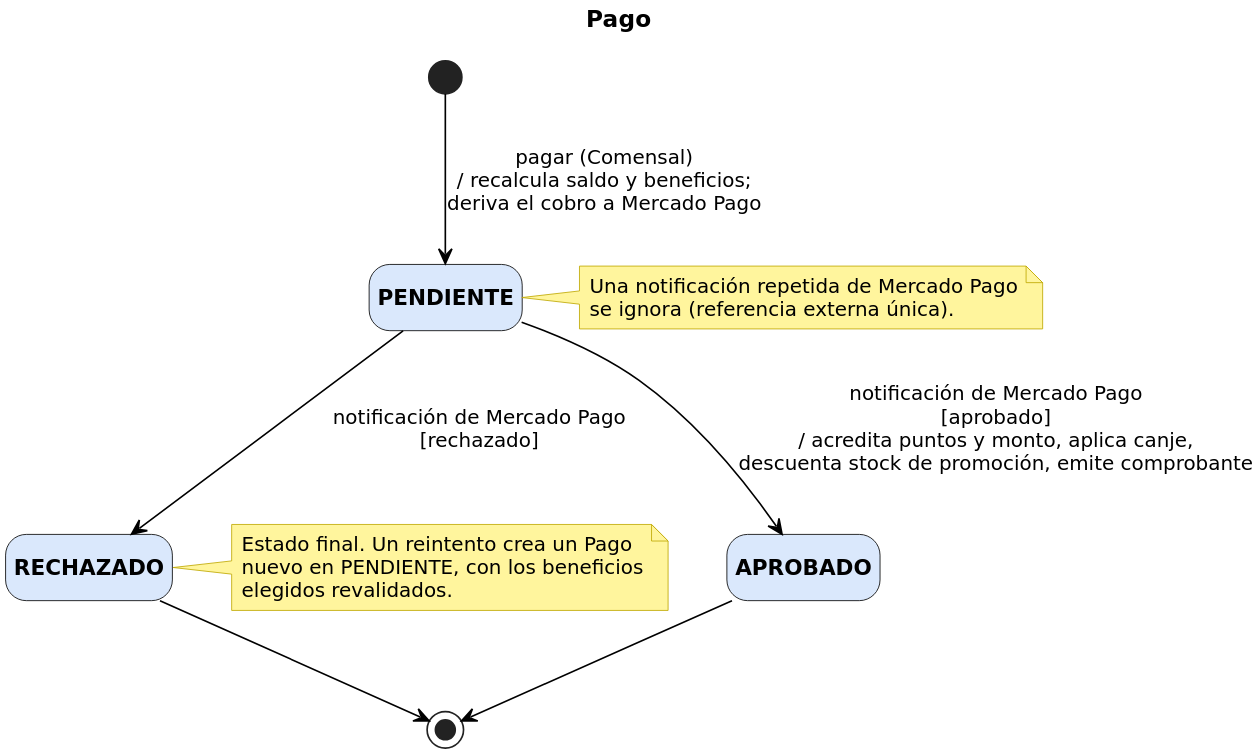
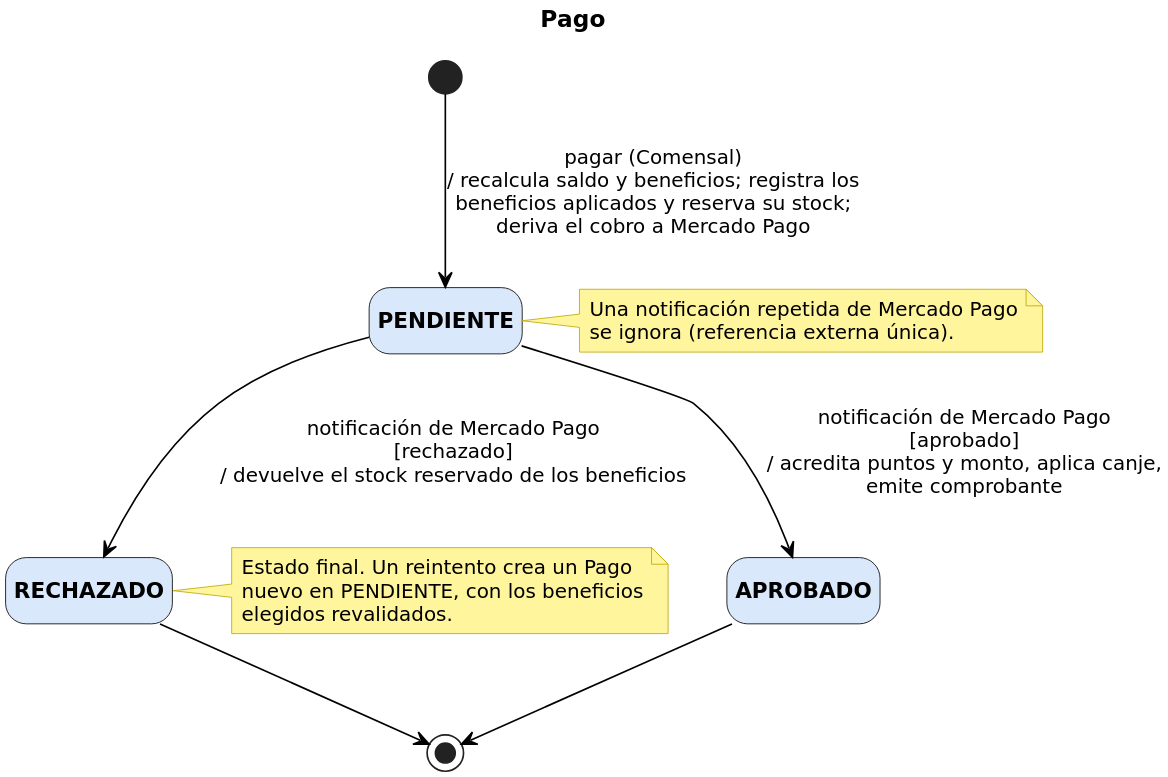
Before and after one commit to GabrielLigresti/TFG-PGIM: the diagram in docs/modelos/estado/pago/v1/estado-pago-v1.puml, drawn with PlantUML. The commit also changed 4 other files, not shown here.

First line of the commit message:
Dar duración y relanzamiento a los beneficios y fijar el programa de puntos

```diff
--- a/docs/modelos/estado/pago/v1/estado-pago-v1.puml
+++ b/docs/modelos/estado/pago/v1/estado-pago-v1.puml
@@ -1,41 +1,41 @@
 @startuml estado-pago-v1
 ' Diagrama de estado (UML). Paleta alineada con CU y secuencias formato Vialia.
 ' Transiciones: evento (quién) [condición] / efecto
 skinparam dpi 300
 skinparam defaultFontName DejaVu Sans
 skinparam defaultFontSize 12
 skinparam shadowing false
 skinparam ArrowColor #000000
 skinparam state {
   BackgroundColor #DAE8FC
   BorderColor #000000
   FontSize 13
   FontStyle bold
   StartColor #000000
   EndColor #000000
 }
 skinparam note {
   BackgroundColor #FFF59D
   BorderColor #BFA800
 }
 hide empty description
 title Pago
 
 state PENDIENTE
 state APROBADO
 state RECHAZADO
-[*] --> PENDIENTE : pagar (Comensal)\n/ recalcula saldo y beneficios;\nderiva el cobro a Mercado Pago
-PENDIENTE --> APROBADO : notificación de Mercado Pago\n[aprobado]\n/ acredita puntos y monto, aplica canje,\ndescuenta stock de promoción, emite comprobante
-PENDIENTE --> RECHAZADO : notificación de Mercado Pago\n[rechazado]
+[*] --> PENDIENTE : pagar (Comensal)\n/ recalcula saldo y beneficios; registra los\nbeneficios aplicados y reserva su stock;\nderiva el cobro a Mercado Pago
+PENDIENTE --> APROBADO : notificación de Mercado Pago\n[aprobado]\n/ acredita puntos y monto, aplica canje,\nemite comprobante
+PENDIENTE --> RECHAZADO : notificación de Mercado Pago\n[rechazado]\n/ devuelve el stock reservado de los beneficios
 APROBADO --> [*]
 RECHAZADO --> [*]
 note right of RECHAZADO
   Estado final. Un reintento crea un Pago
   nuevo en PENDIENTE, con los beneficios
   elegidos revalidados.
 end note
 note right of PENDIENTE
   Una notificación repetida de Mercado Pago
   se ignora (referencia externa única).
 end note
 @enduml
```
